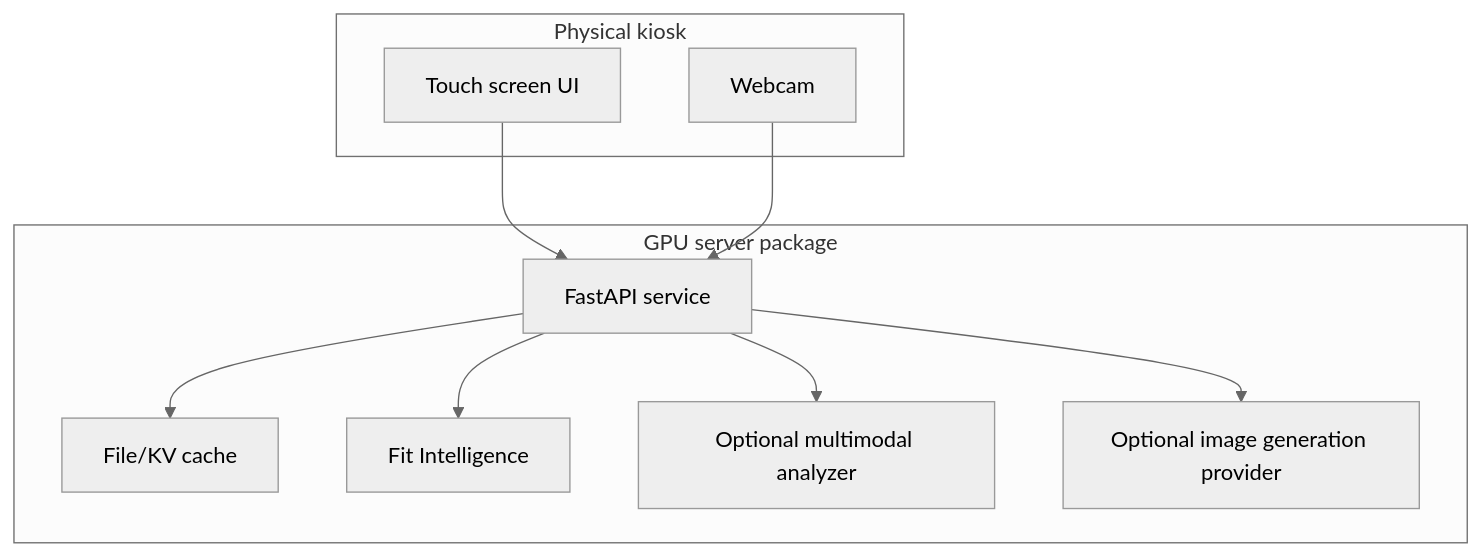
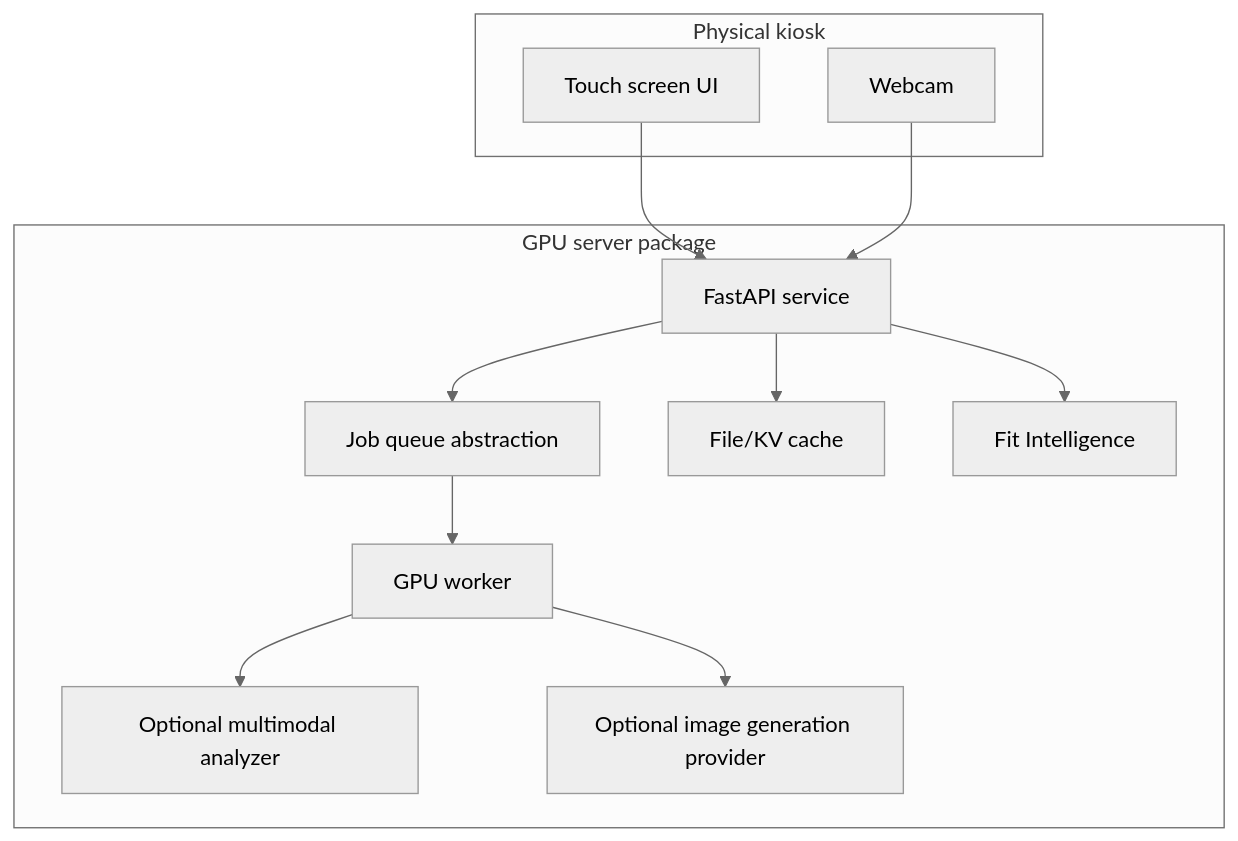
Before and after one commit to yodawu28/visual-tryon: the second of 2 diagrams in docs/architecture/kiosk-gpu-flow.md, drawn with Mermaid (neutral theme). The commit also changed other lines of this file and 30 other files, not shown here.

````diff
--- a/docs/architecture/kiosk-gpu-flow.md
+++ b/docs/architecture/kiosk-gpu-flow.md
@@ -53,22 +72,26 @@
 ```mermaid
 flowchart TB
     subgraph Kiosk[Physical kiosk]
         UI[Touch screen UI]
         CAM[Webcam]
     end
 
     subgraph GPU[GPU server package]
         API[FastAPI service]
+        JOBS[Job queue abstraction]
         CACHE[File/KV cache]
+        WORKER[GPU worker]
         FIT[Fit Intelligence]
         QWEN[Optional multimodal analyzer]
         GEN[Optional image generation provider]
     end
 
     UI --> API
     CAM --> API
+    API --> JOBS
+    JOBS --> WORKER
     API --> CACHE
     API --> FIT
-    API --> QWEN
-    API --> GEN
+    WORKER --> QWEN
+    WORKER --> GEN
 ```
````
